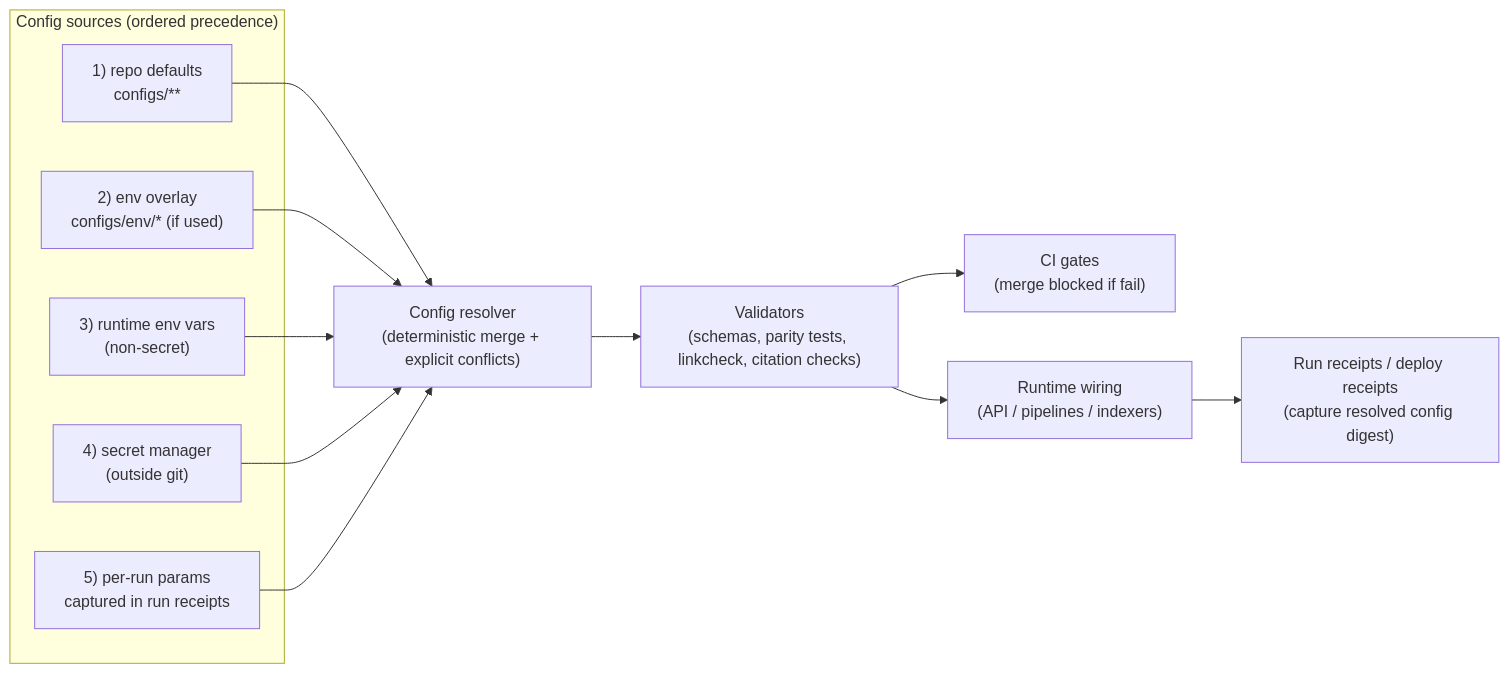
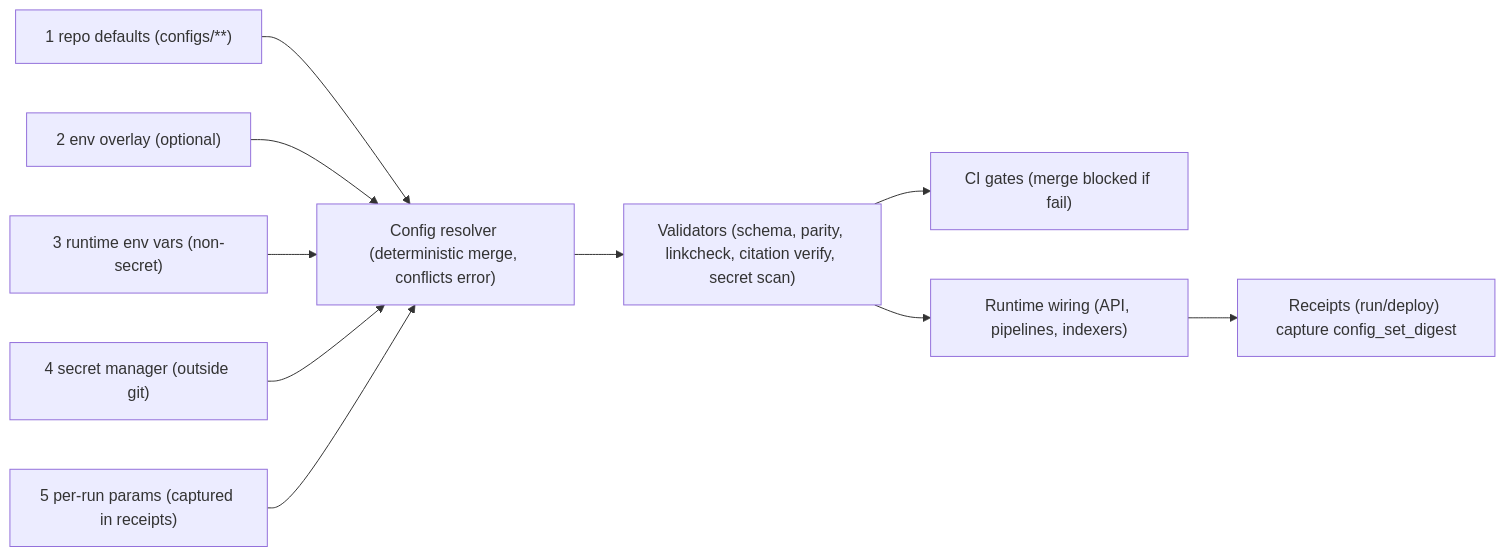
One commit to bartytime4life/Kansas-Frontier-Matrix changed the diagram in configs/README.md. Above: the diagram before and after it, drawn with Mermaid. The commit also changed other lines of this file, not shown here.

````diff
--- a/configs/README.md
+++ b/configs/README.md
@@ -511,24 +611,14 @@
 ```mermaid
 flowchart LR
-  subgraph Sources["Config sources (ordered precedence)"]
-    A["1) repo defaults<br/>configs/**"]
-    B["2) env overlay<br/>configs/env/* (if used)"]
-    C["3) runtime env vars<br/>(non-secret)"]
-    D["4) secret manager<br/>(outside git)"]
-    E["5) per-run params<br/>captured in run receipts"]
-  end
+  A["1 repo defaults (configs/**)"] --> R["Config resolver (deterministic merge, conflicts error)"]
+  B["2 env overlay (optional)"] --> R
+  C["3 runtime env vars (non-secret)"] --> R
+  D["4 secret manager (outside git)"] --> R
+  E["5 per-run params (captured in receipts)"] --> R
 
-  R["Config resolver<br/>(deterministic merge + explicit conflicts)"]
+  R --> V["Validators (schema, parity, linkcheck, citation verify, secret scan)"]
+  V --> CI["CI gates (merge blocked if fail)"]
+  V --> RT["Runtime wiring (API, pipelines, indexers)"]
 
-  A --> R
-  B --> R
-  C --> R
-  D --> R
-  E --> R
-
-  R --> V["Validators<br/>(schemas, parity tests, linkcheck, citation checks)"]
-  V --> CI["CI gates<br/>(merge blocked if fail)"]
-  V --> RT["Runtime wiring<br/>(API / pipelines / indexers)"]
-
-  RT --> REC["Run receipts / deploy receipts<br/>(capture resolved config digest)"]
+  RT --> REC["Receipts (run/deploy) capture config_set_digest"]
 ```
````
